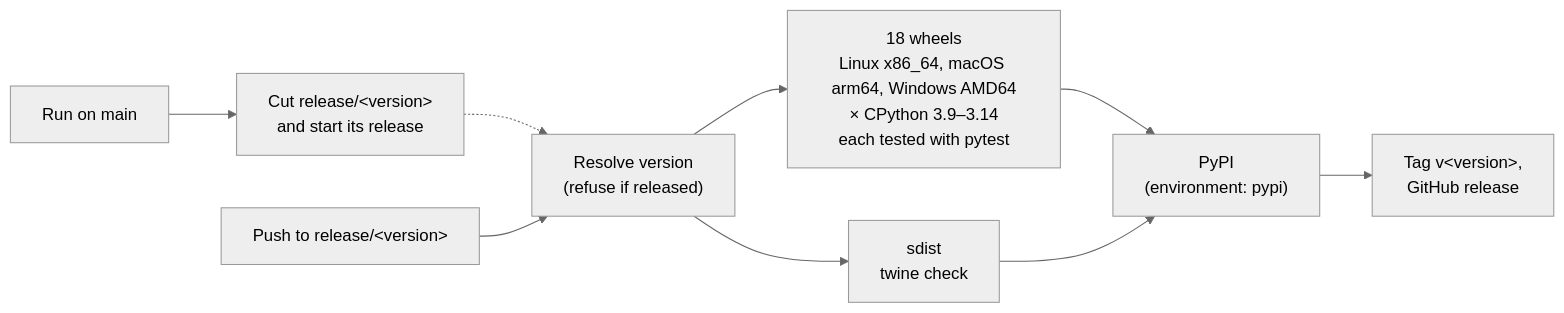
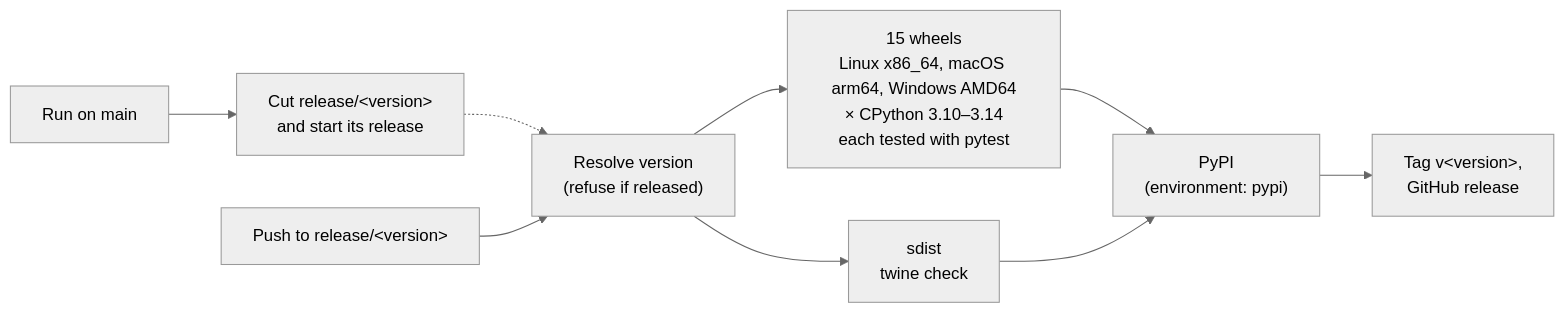
One commit to Debith/pygim changed the diagram in docs/releasing.md. Above: the diagram before and after it, drawn with Mermaid (neutral theme). The commit also changed 11 other files, not shown here.

````diff
--- a/docs/releasing.md
+++ b/docs/releasing.md
@@ -64,11 +64,11 @@
 ```mermaid
 flowchart LR
     main["Run on main"] --> cut["Cut release/&lt;version&gt;<br/>and start its release"]
     cut -.-> prepare
     push["Push to release/&lt;version&gt;"] --> prepare
-    prepare["Resolve version<br/>(refuse if released)"] --> wheels["18 wheels<br/>Linux x86_64, macOS arm64, Windows AMD64<br/>× CPython 3.9–3.14<br/>each tested with pytest"]
+    prepare["Resolve version<br/>(refuse if released)"] --> wheels["15 wheels<br/>Linux x86_64, macOS arm64, Windows AMD64<br/>× CPython 3.10–3.14<br/>each tested with pytest"]
     prepare --> sdist["sdist<br/>twine check"]
     wheels --> publish["PyPI<br/>(environment: pypi)"]
     sdist --> publish
     publish --> gh["Tag v&lt;version&gt;,<br/>GitHub release"]
 ```
````
